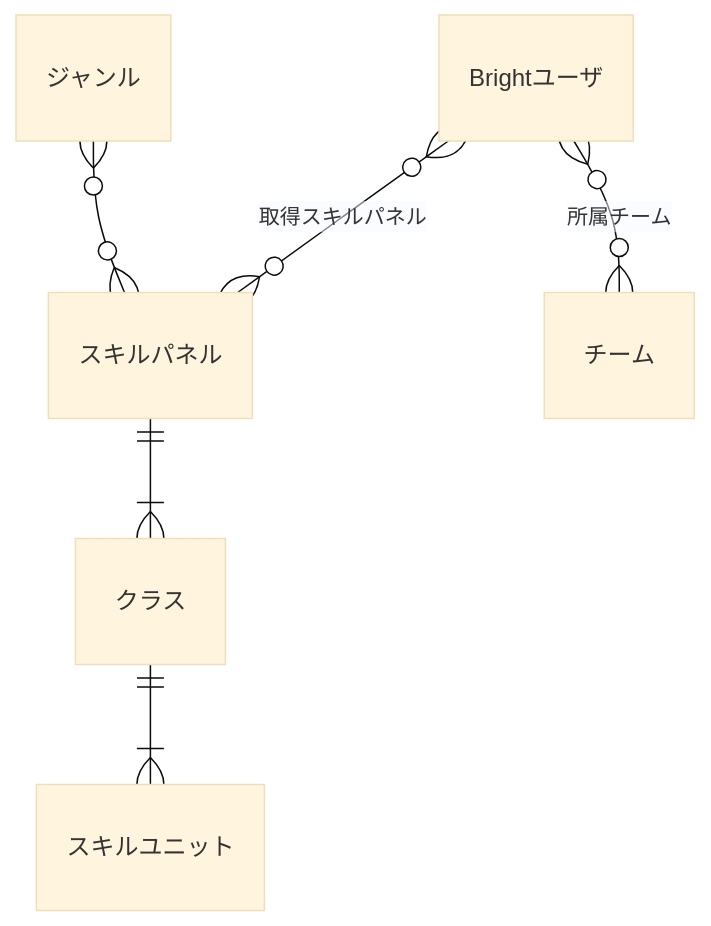
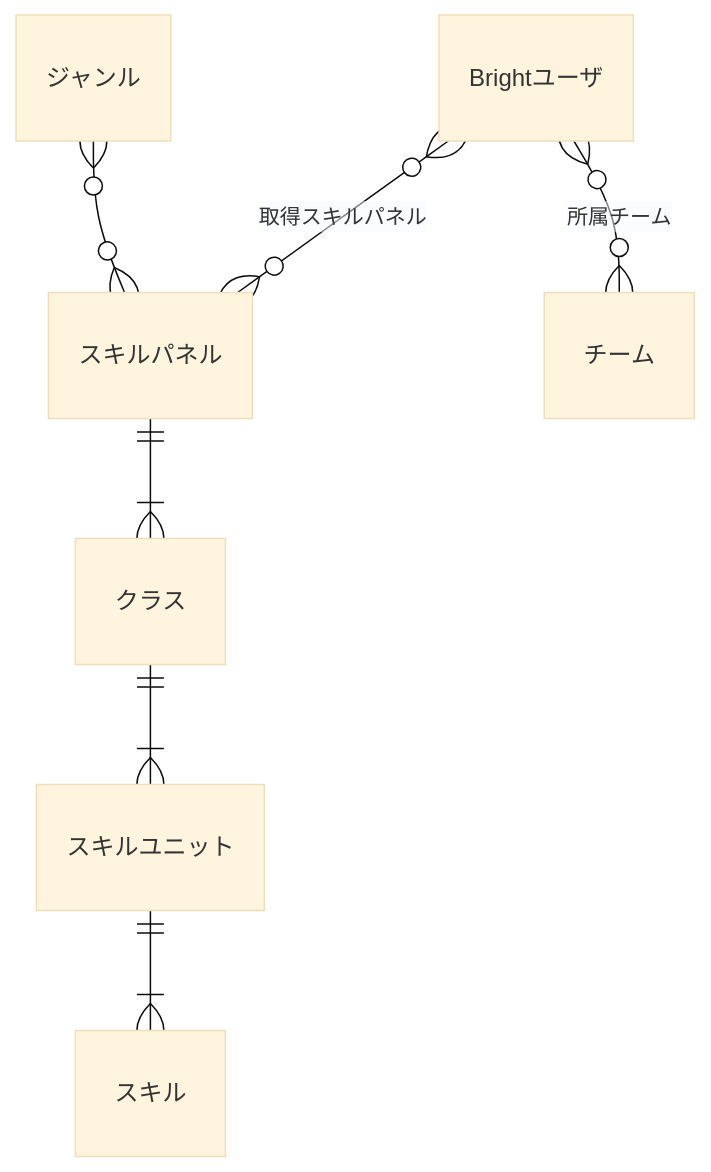
One commit to bright-org/bright changed the diagram in docs/cenceptual_schema.md. Above: the diagram before and after it, drawn with Mermaid (base theme).

Commit message:
docs: add skill to conceptual schema

````diff
--- a/docs/cenceptual_schema.md
+++ b/docs/cenceptual_schema.md
@@ -5,8 +5,9 @@
 ```mermaid
 erDiagram
   "Brightユーザ" }o--o{ "スキルパネル" : "取得スキルパネル"
   "Brightユーザ" }o--o{ "チーム" : "所属チーム"
   "スキルパネル" ||--|{ "クラス" : ""
   "クラス" ||--|{ "スキルユニット" : ""
+  "スキルユニット" ||--|{ "スキル" : ""
   "ジャンル" }o--o{ "スキルパネル" : ""
 ```
````
